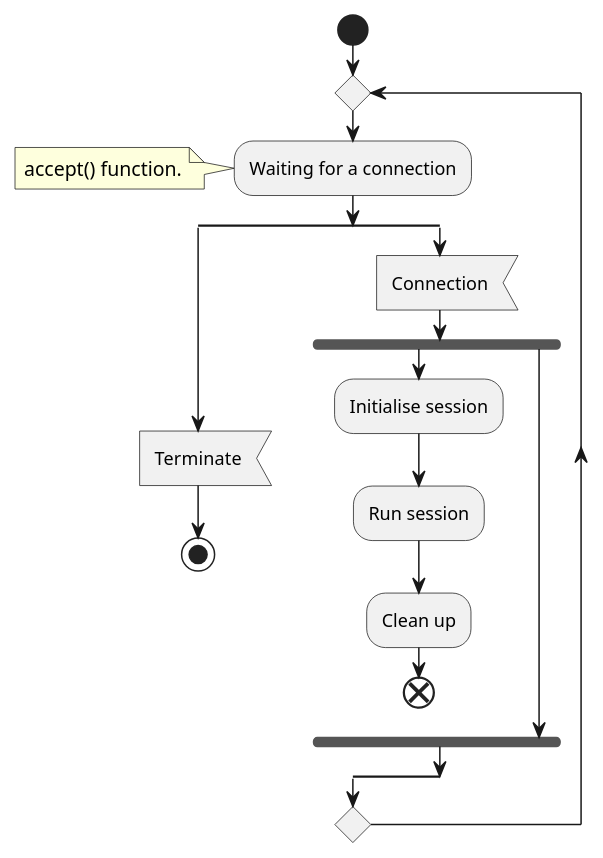
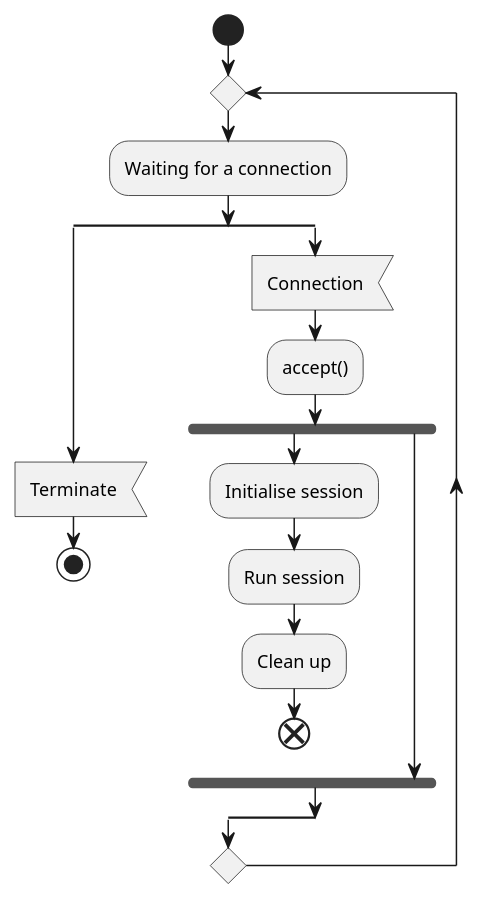
Before and after one commit to andrew-rogers/AndrewWIDE: the diagram in doc/forkingserver_ad.puml, drawn with PlantUML. The commit also changed 3 other files, not shown here.

```diff
--- a/doc/forkingserver_ad.puml
+++ b/doc/forkingserver_ad.puml
@@ -1,22 +1,20 @@
 @startuml
 start
 repeat
 :Waiting for a connection;
-note left
- accept() function.
-end note
 split
 :Terminate<
 stop
 split again
 :Connection<
+:accept();
  fork
    :Initialise session;
    :Run session;
    :Clean up;
    end
  fork again
  end fork
 end split
 repeat while()
 @enduml
```
